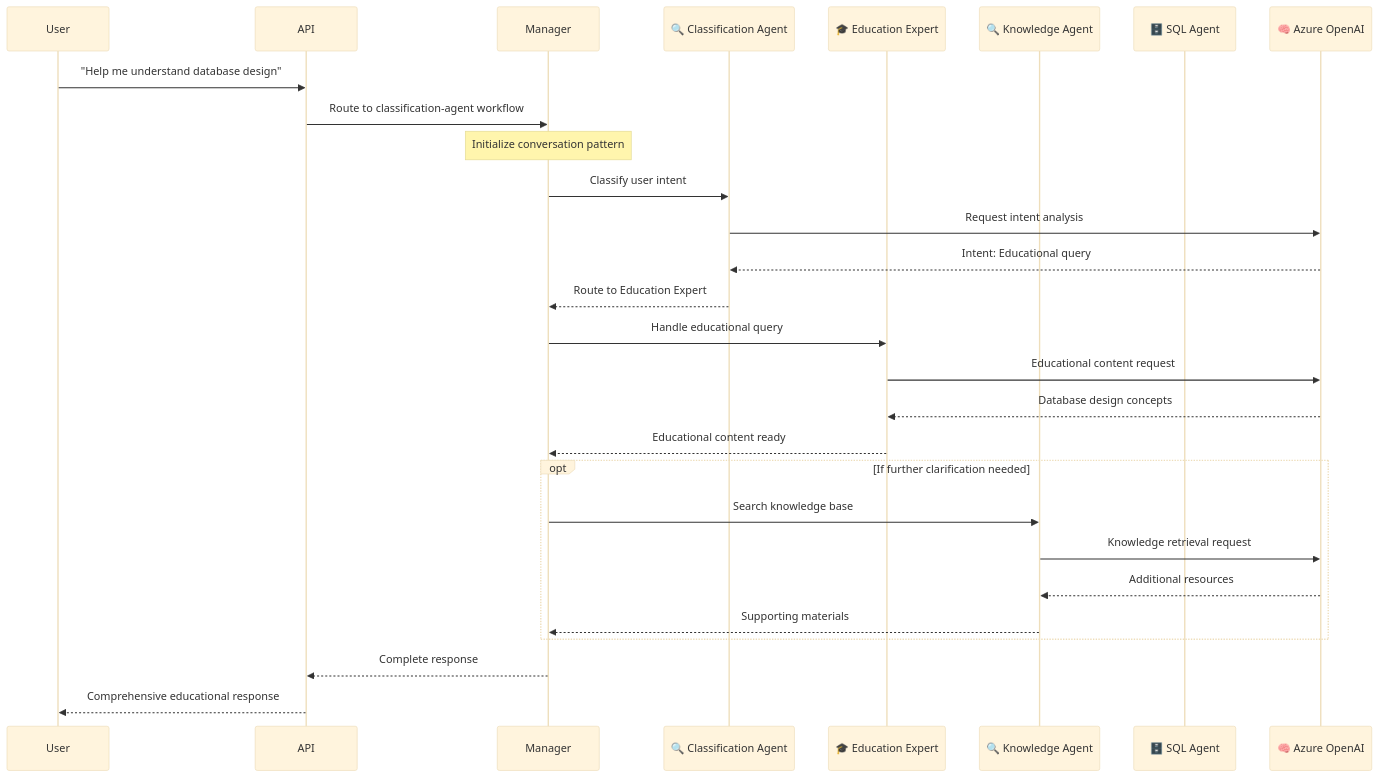
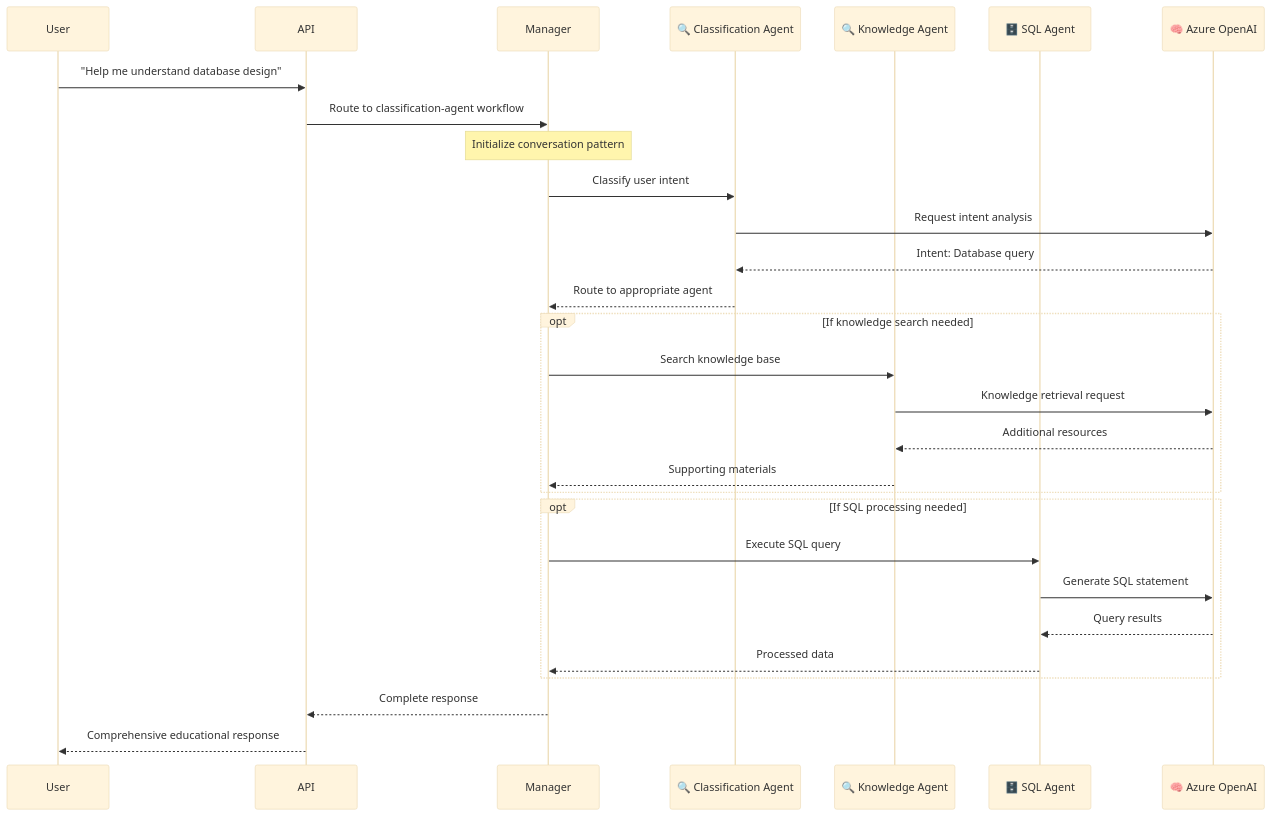
The seventh of 13 diagrams in docs/architecture/README.md (the-ingenious-dark-knight/Insight_Ingenious), drawn with Mermaid (base theme) before and after one commit. The commit also changed other lines of this file and 4 other files, not shown here.

````diff
--- a/docs/architecture/README.md
+++ b/docs/architecture/README.md
@@ -361,35 +361,36 @@
 ```mermaid
 sequenceDiagram
     participant User
     participant API
     participant Manager
     participant Agent1 as 🔍 Classification Agent
-    participant Agent2 as 🎓 Education Expert
-    participant Agent3 as 🔍 Knowledge Agent
-    participant Agent4 as 🗄️ SQL Agent
+    participant Agent2 as 🔍 Knowledge Agent
+    participant Agent3 as 🗄️ SQL Agent
     participant LLM as 🧠 Azure OpenAI
 
     User->>API: "Help me understand database design"
     API->>Manager: Route to classification-agent workflow
 
     Note over Manager: Initialize conversation pattern
     Manager->>Agent1: Classify user intent
     Agent1->>LLM: Request intent analysis
-    LLM-->>Agent1: Intent: Educational query
-    Agent1-->>Manager: Route to Education Expert
+    LLM-->>Agent1: Intent: Database query
+    Agent1-->>Manager: Route to appropriate agent
 
-    Manager->>Agent2: Handle educational query
-    Agent2->>LLM: Educational content request
-    LLM-->>Agent2: Database design concepts
-    Agent2-->>Manager: Educational content ready
+    opt If knowledge search needed
+        Manager->>Agent2: Search knowledge base
+        Agent2->>LLM: Knowledge retrieval request
+        LLM-->>Agent2: Additional resources
+        Agent2-->>Manager: Supporting materials
+    end
 
-    opt If further clarification needed
-        Manager->>Agent3: Search knowledge base
-        Agent3->>LLM: Knowledge retrieval request
-        LLM-->>Agent3: Additional resources
-        Agent3-->>Manager: Supporting materials
+    opt If SQL processing needed
+        Manager->>Agent3: Execute SQL query
+        Agent3->>LLM: Generate SQL statement
+        LLM-->>Agent3: Query results
+        Agent3-->>Manager: Processed data
     end
 
     Manager-->>API: Complete response
     API-->>User: Comprehensive educational response
 ```
````
